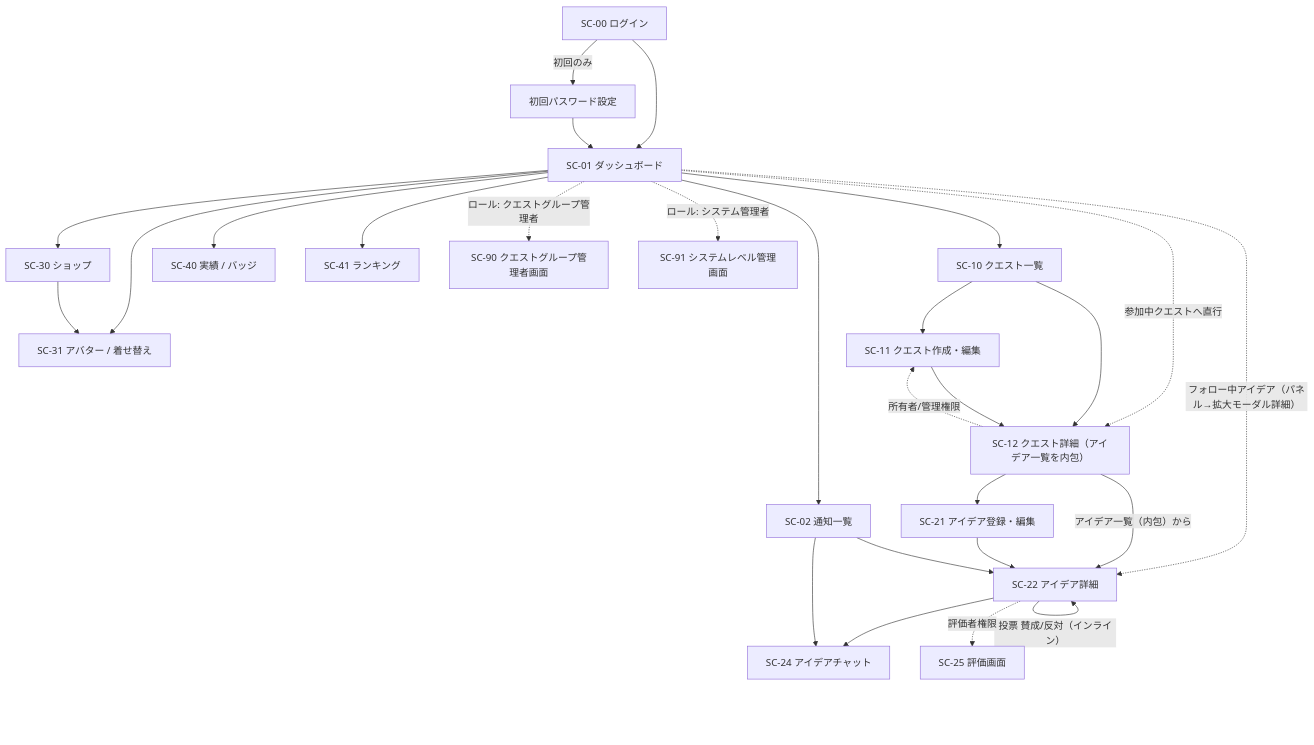
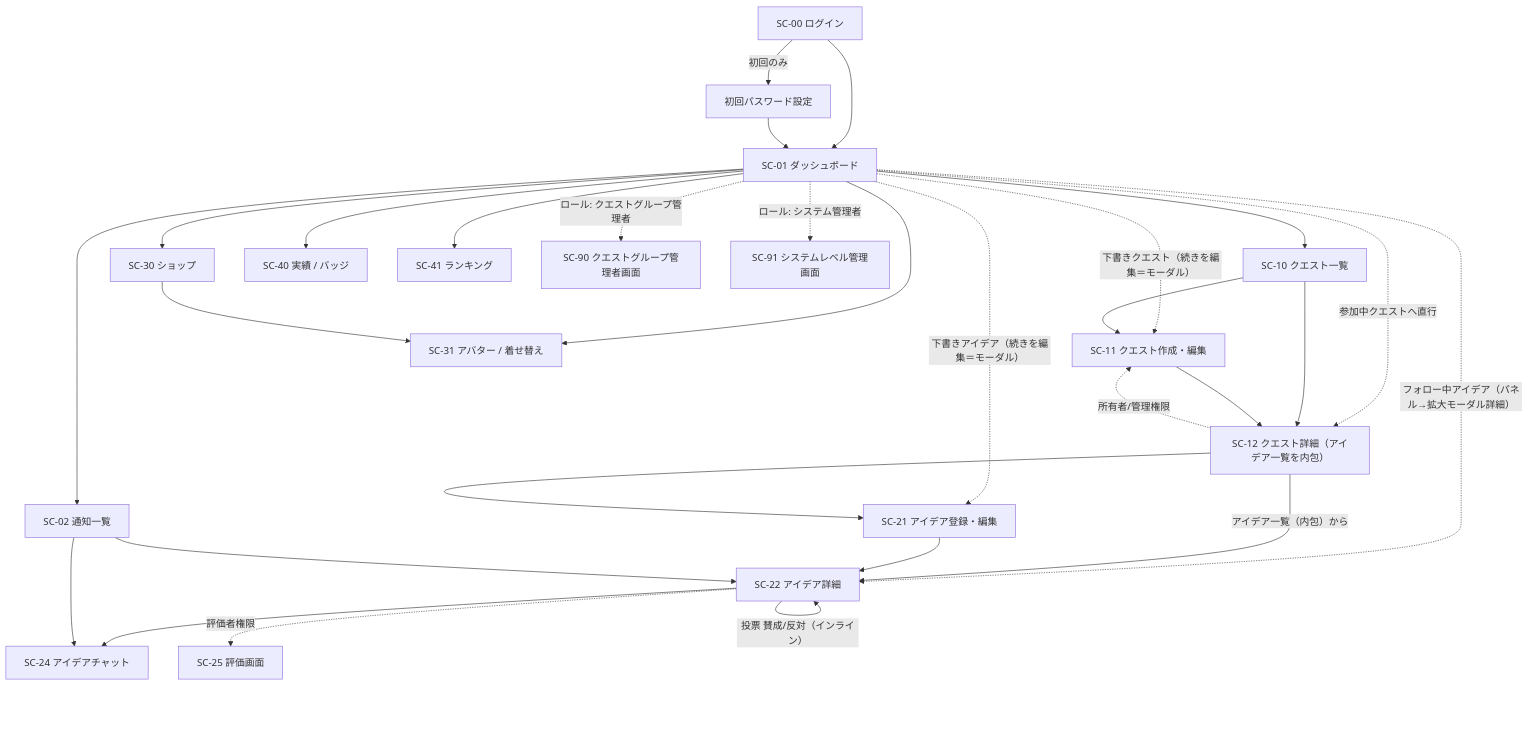
One commit to t-umekawa-sc/sc-ideaquest-G2 changed the diagram in doc/画面設計/画面遷移図.md. Above: the diagram before and after it, drawn with Mermaid. The commit also changed other lines of this file and 4 other files, not shown here.

````diff
--- a/doc/画面設計/画面遷移図.md
+++ b/doc/画面設計/画面遷移図.md
@@ -37,35 +37,37 @@
 ```mermaid
 flowchart TD
     LOGIN["SC-00 ログイン"] -->|"初回のみ"| PWSET["初回パスワード設定"]
     LOGIN --> DASH["SC-01 ダッシュボード"]
     PWSET --> DASH
 
     DASH --> QLIST["SC-10 クエスト一覧"]
     DASH -. "参加中クエストへ直行" .-> QDETAIL["SC-12 クエスト詳細（アイデア一覧を内包）"]
     DASH -. "フォロー中アイデア（パネル→拡大モーダル詳細）" .-> IDETAIL["SC-22 アイデア詳細"]
+    DASH -. "下書きクエスト（続きを編集＝モーダル）" .-> QNEW
+    DASH -. "下書きアイデア（続きを編集＝モーダル）" .-> INEW
     DASH --> SHOP["SC-30 ショップ"]
     DASH --> AVATAR["SC-31 アバター / 着せ替え"]
     DASH --> NOTIF["SC-02 通知一覧"]
     DASH --> ACHIEVE["SC-40 実績 / バッジ"]
     DASH --> RANK["SC-41 ランキング"]
     DASH -. "ロール: クエストグループ管理者" .-> QGADMIN["SC-90 クエストグループ管理者画面"]
     DASH -. "ロール: システム管理者" .-> SYSADMIN["SC-91 システムレベル管理画面"]
 
     QLIST --> QNEW["SC-11 クエスト作成・編集"]
     QLIST --> QDETAIL
     QNEW --> QDETAIL
 
     QDETAIL -->|"アイデア一覧（内包）から"| IDETAIL["SC-22 アイデア詳細"]
     QDETAIL --> INEW["SC-21 アイデア登録・編集"]
     QDETAIL -. "所有者/管理権限" .-> QNEW
     INEW --> IDETAIL
 
     IDETAIL -->|"投票 賛成/反対（インライン）"| IDETAIL
     IDETAIL --> CHAT["SC-24 アイデアチャット"]
     IDETAIL -. "評価者権限" .-> EVAL["SC-25 評価画面"]
 
     SHOP --> AVATAR
 
     NOTIF --> IDETAIL
     NOTIF --> CHAT
 ```
````
